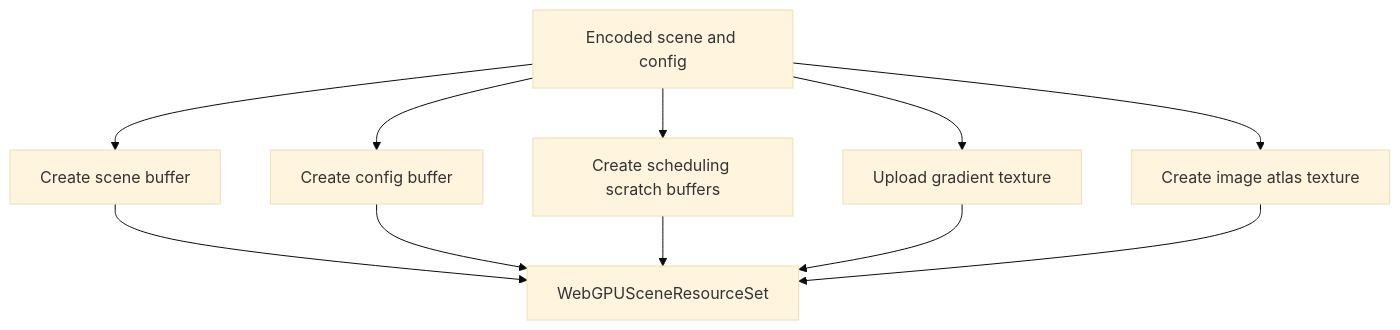
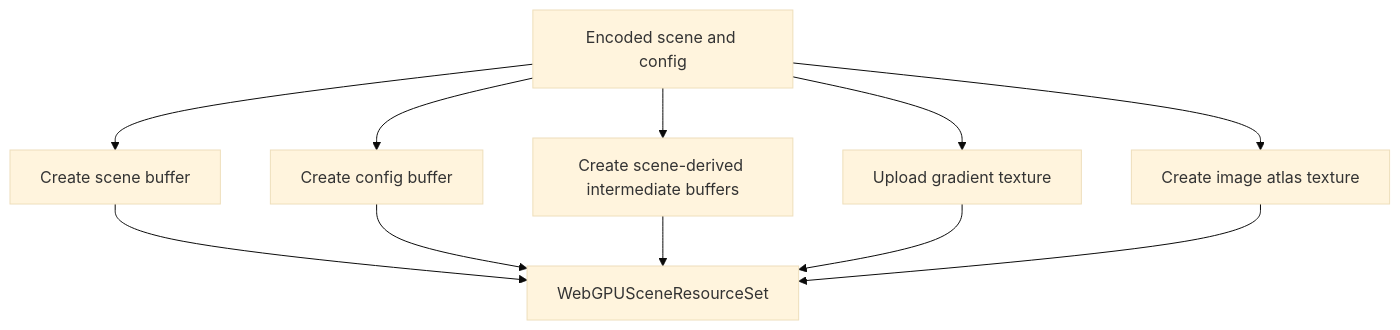
Before and after one commit to SixLabors/ImageSharp.Drawing: the third of 4 diagrams in src/ImageSharp.Drawing.WebGPU/WEBGPU_RASTERIZER.md, drawn with Mermaid (base theme). The commit also changed other lines of this file and 102 other files, not shown here.

````diff
--- a/src/ImageSharp.Drawing.WebGPU/WEBGPU_RASTERIZER.md
+++ b/src/ImageSharp.Drawing.WebGPU/WEBGPU_RASTERIZER.md
@@ -194,13 +213,13 @@
 ```mermaid
 flowchart TD
     A[Encoded scene and config] --> B[Create scene buffer]
     A --> C[Create config buffer]
-    A --> D[Create scheduling scratch buffers]
+    A --> D[Create scene-derived intermediate buffers]
     A --> E[Upload gradient texture]
     A --> F[Create image atlas texture]
     B --> G[WebGPUSceneResourceSet]
     C --> G
     D --> G
     E --> G
     F --> G
 ```
````
